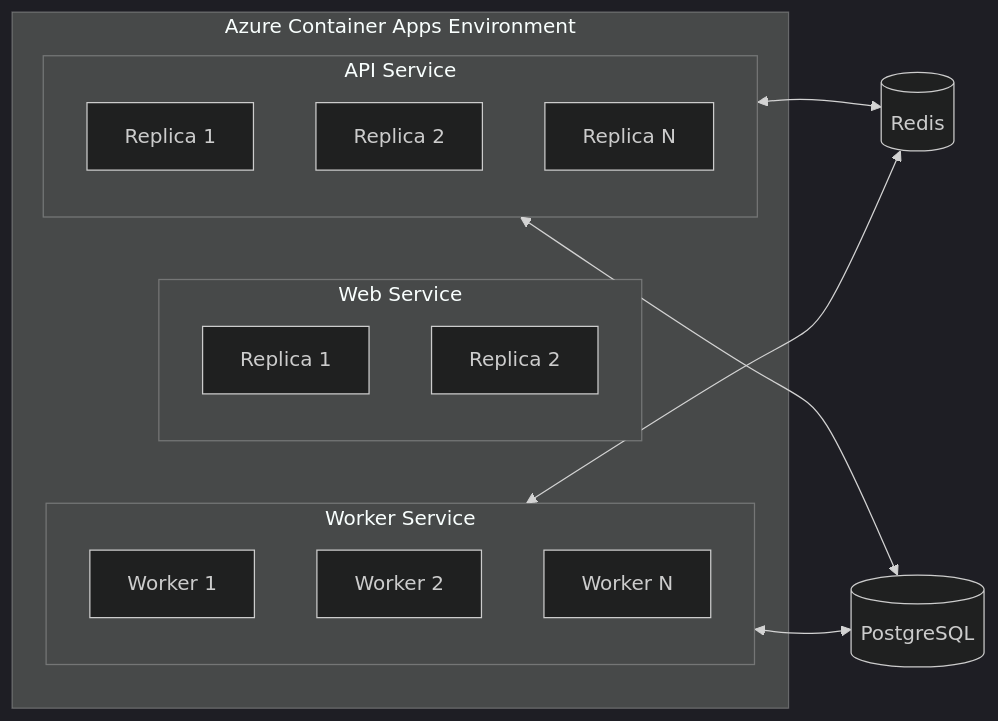
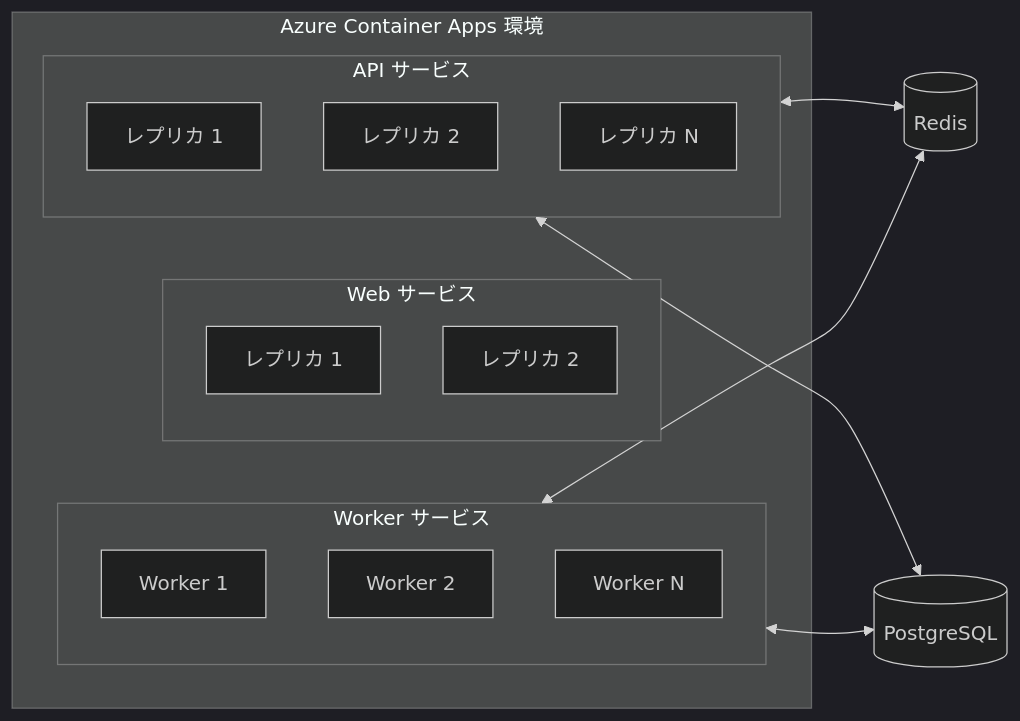
Before and after one commit to hampen2929/zloth: the second of 16 diagrams in docs/azure_host_design.md, drawn with Mermaid (dark theme). The commit also changed other lines of this file, not shown here.

````diff
--- a/docs/azure_host_design.md
+++ b/docs/azure_host_design.md
@@ -115,29 +115,29 @@
 ```mermaid
 flowchart LR
-    subgraph ContainerApps["Azure Container Apps Environment"]
-        subgraph API["API Service"]
+    subgraph ContainerApps["Azure Container Apps 環境"]
+        subgraph API["API サービス"]
             direction TB
-            A1[Replica 1]
-            A2[Replica 2]
-            An[Replica N]
+            A1[レプリカ 1]
+            A2[レプリカ 2]
+            An[レプリカ N]
         end
 
-        subgraph Web["Web Service"]
+        subgraph Web["Web サービス"]
             direction TB
-            W1[Replica 1]
-            W2[Replica 2]
+            W1[レプリカ 1]
+            W2[レプリカ 2]
         end
 
-        subgraph Worker["Worker Service"]
+        subgraph Worker["Worker サービス"]
             direction TB
             WK1[Worker 1]
             WK2[Worker 2]
             WKn[Worker N]
         end
     end
 
     API <--> Redis[(Redis)]
     Worker <--> Redis
     API <--> PostgreSQL[(PostgreSQL)]
     Worker <--> PostgreSQL
 ```
````
